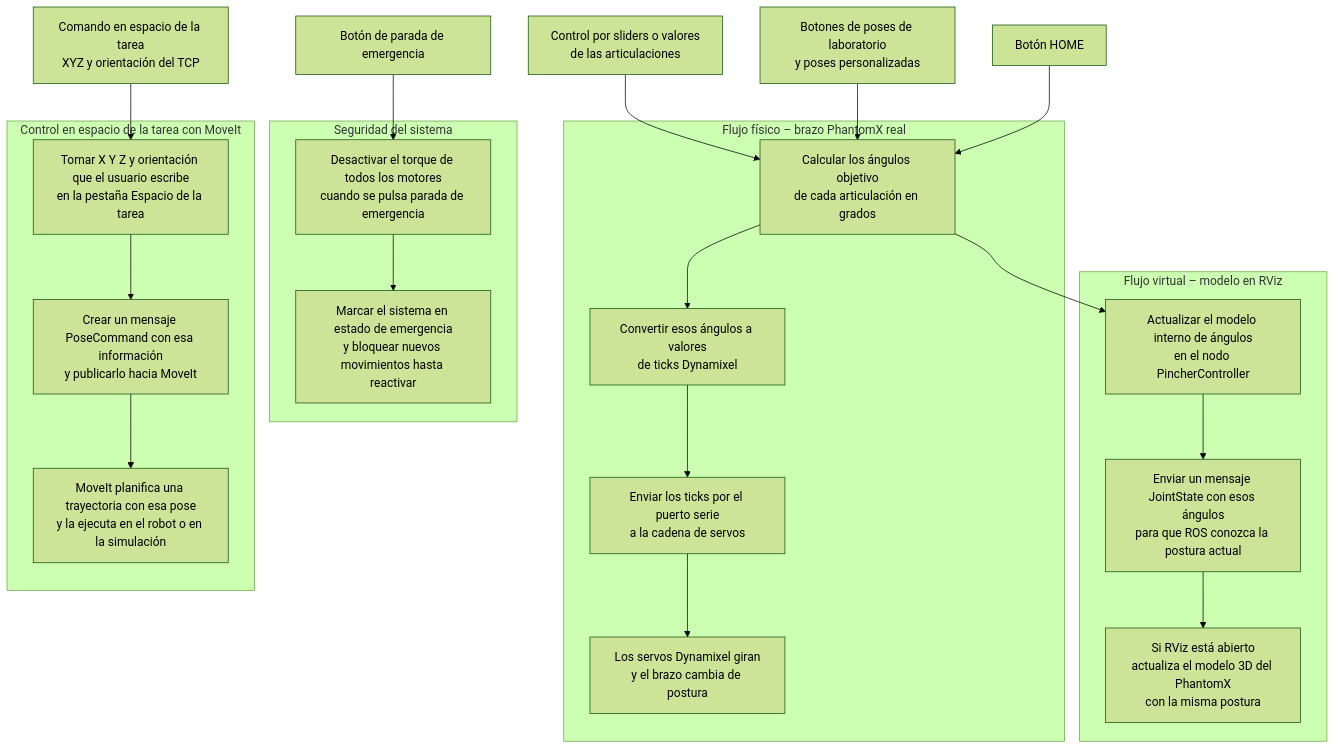
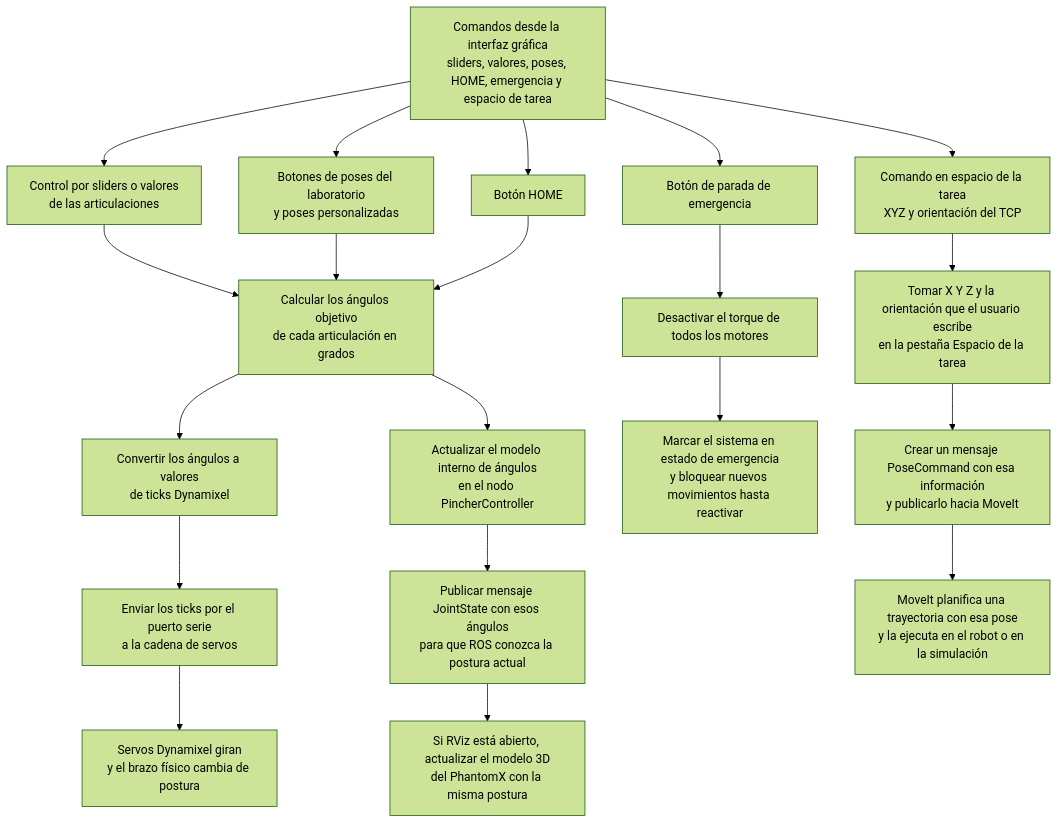
One commit to EstebanErazo500/Robotica_2025_02 changed the diagram in Laboratorio_5/Readme.md. Above: the diagram before and after it, drawn with Mermaid (forest theme).

````diff
--- a/Laboratorio_5/Readme.md
+++ b/Laboratorio_5/Readme.md
@@ -190,63 +190,55 @@
 ```mermaid
 flowchart TD
 
+    %% NODO INICIAL COMÚN
+    S[Comandos desde la interfaz gráfica<br>sliders, valores, poses, HOME, emergencia y espacio de tarea]
+
     %% ENTRADAS DESDE LA GUI
-    A1[Control por sliders o valores<br>de las articulaciones] 
-    A2[Botones de poses de laboratorio<br>y poses personalizadas]
-    A3[Botón HOME]
-    A4[Botón de parada de emergencia]
-    A5[Comando en espacio de la tarea<br>XYZ y orientación del TCP]
+    U1[Control por sliders o valores<br>de las articulaciones]
+    U2[Botones de poses del laboratorio<br>y poses personalizadas]
+    U3[Botón HOME]
+    U4[Botón de parada de emergencia]
+    U5[Comando en espacio de la tarea<br>XYZ y orientación del TCP]
+
+    S --> U1
+    S --> U2
+    S --> U3
+    S --> U4
+    S --> U5
+
+    %% NODO QUE UNE LOS COMANDOS ARTICULARES
+    C1[Calcular los ángulos objetivo<br>de cada articulación en grados]
+
+    U1 --> C1
+    U2 --> C1
+    U3 --> C1
 
     %% FLUJO FÍSICO – BRAZO REAL
-    subgraph F[Flujo físico – brazo PhantomX real]
-        F1[Calcular los ángulos objetivo<br>de cada articulación en grados]
-        F2[Convertir esos ángulos a valores<br>de ticks Dynamixel]
-        F3[Enviar los ticks por el puerto serie<br>a la cadena de servos]
-        F4[Los servos Dynamixel giran<br>y el brazo cambia de postura]
-    end
+    F1[Convertir los ángulos a valores<br>de ticks Dynamixel]
+    F2[Enviar los ticks por el puerto serie<br>a la cadena de servos]
+    F3[Servos Dynamixel giran<br>y el brazo físico cambia de postura]
+
+    C1 --> F1 --> F2 --> F3
 
     %% FLUJO VIRTUAL – MODELO EN RVIZ
-    subgraph V[Flujo virtual – modelo en RViz]
-        V1[Actualizar el modelo interno de ángulos<br>en el nodo PincherController]
-        V2[Enviar un mensaje JointState con esos ángulos<br>para que ROS conozca la postura actual]
-        V3[Si RViz está abierto<br>actualiza el modelo 3D del PhantomX<br>con la misma postura]
-    end
+    V1[Actualizar el modelo interno de ángulos<br>en el nodo PincherController]
+    V2[Publicar mensaje JointState con esos ángulos<br>para que ROS conozca la postura actual]
+    V3[Si RViz está abierto, actualizar el modelo 3D<br>del PhantomX con la misma postura]
 
-    %% SEGURIDAD
-    subgraph S[Seguridad del sistema]
-        S1[Desactivar el torque de todos los motores<br>cuando se pulsa parada de emergencia]
-        S2[Marcar el sistema en estado de emergencia<br>y bloquear nuevos movimientos hasta reactivar]
-    end
+    C1 --> V1 --> V2 --> V3
 
-    %% ESPACIO DE LA TAREA CON MOVEIT
-    subgraph M[Control en espacio de la tarea con MoveIt]
-        M1[Tomar X Y Z y orientación que el usuario escribe<br>en la pestaña Espacio de la tarea]
-        M2[Crear un mensaje PoseCommand con esa información<br>y publicarlo hacia MoveIt]
-        M3[MoveIt planifica una trayectoria con esa pose<br>y la ejecuta en el robot o en la simulación]
-    end
+    %% SEGURIDAD – PARADA DE EMERGENCIA
+    E1[Desactivar el torque de todos los motores]
+    E2[Marcar el sistema en estado de emergencia<br>y bloquear nuevos movimientos hasta reactivar]
 
-    %% CONEXIONES DESDE LA GUI HACIA LOS FLUJOS
-    A1 --> F1
-    A2 --> F1
-    A3 --> F1
+    U4 --> E1 --> E2
 
-    %% FÍSICO
-    F1 --> F2
-    F2 --> F3
-    F3 --> F4
+    %% CONTROL EN ESPACIO DE LA TAREA – MOVEIT
+    T1[Tomar X Y Z y la orientación que el usuario escribe<br>en la pestaña Espacio de la tarea]
+    T2[Crear un mensaje PoseCommand con esa información<br>y publicarlo hacia MoveIt]
+    T3[MoveIt planifica una trayectoria con esa pose<br>y la ejecuta en el robot o en la simulación]
 
-    %% VIRTUAL
-    F1 --> V1
-    V1 --> V2
-    V2 --> V3
+    U5 --> T1 --> T2 --> T3
 
-    %% EMERGENCIA
-    A4 --> S1
-    S1 --> S2
-
-    %% MOVEIT
-    A5 --> M1
-    M1 --> M2
-    M2 --> M3
 
 ```
````
